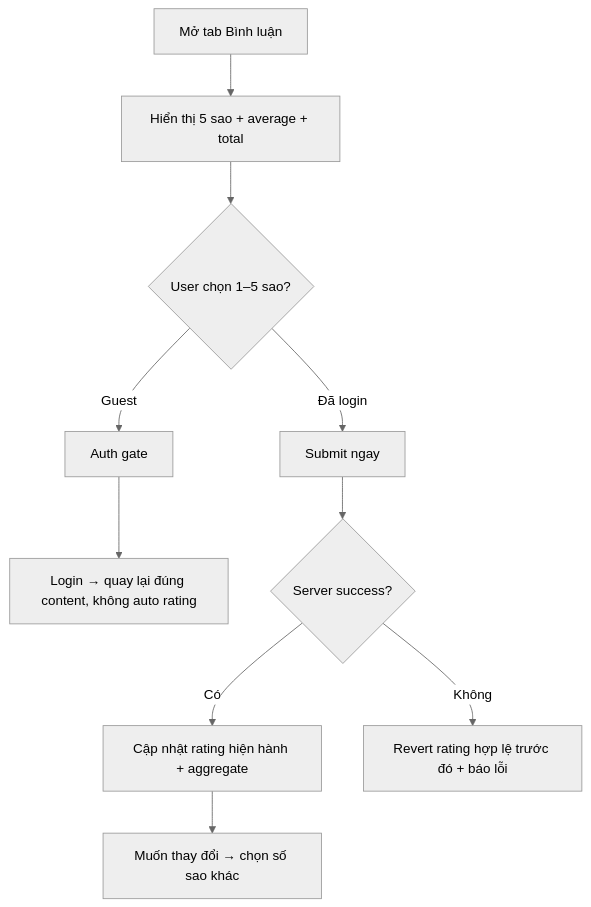
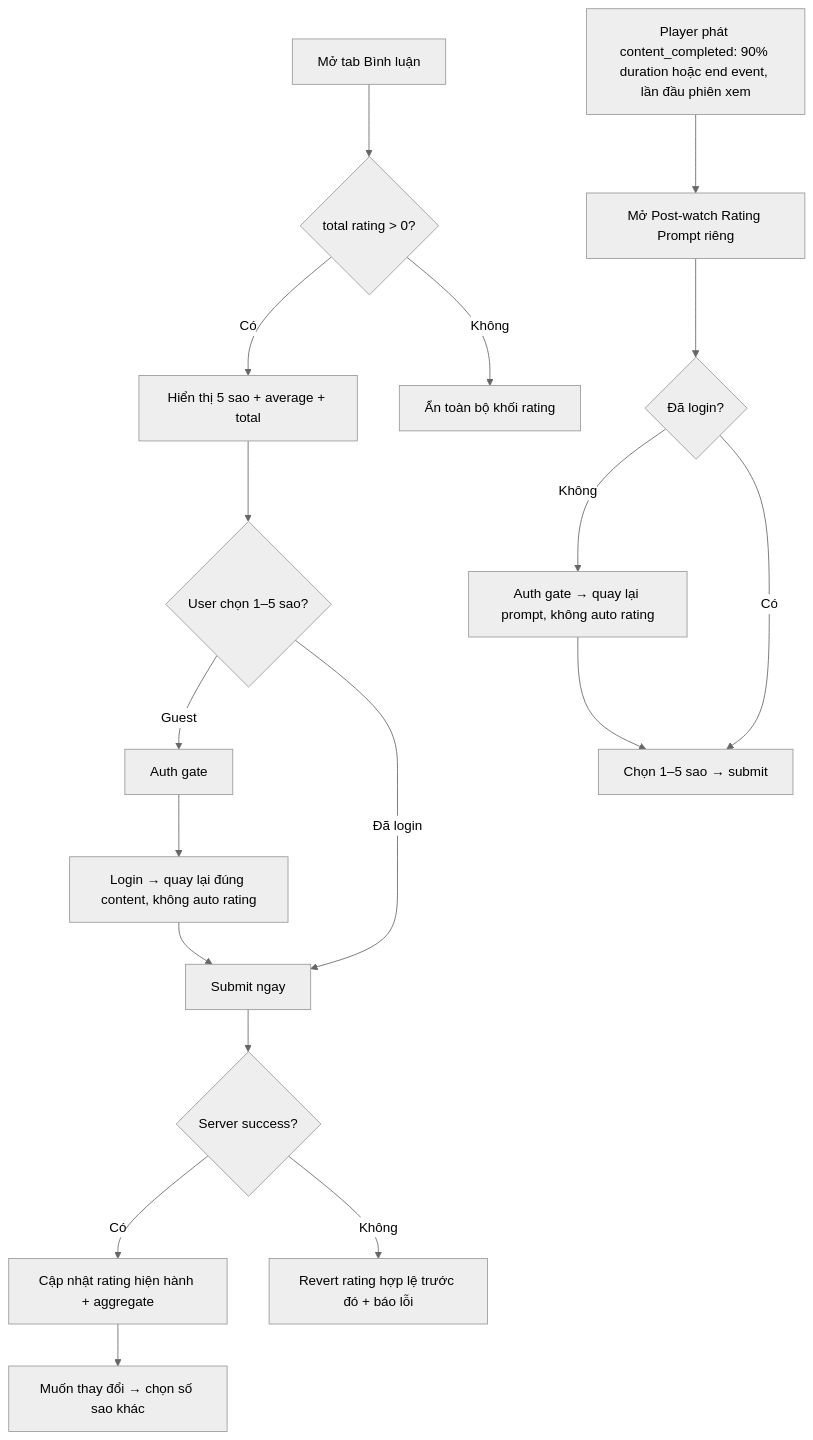
One commit to TanUIUX/MyTV-Comment changed the diagram in EP01_TRAI_NGHIEM_BINH_LUAN_VA_DANH_GIA/US03_USER_FLOW.md. Above: the diagram before and after it, drawn with Mermaid (neutral theme). The commit also changed 30 other files, not shown here.

````diff
--- a/EP01_TRAI_NGHIEM_BINH_LUAN_VA_DANH_GIA/US03_USER_FLOW.md
+++ b/EP01_TRAI_NGHIEM_BINH_LUAN_VA_DANH_GIA/US03_USER_FLOW.md
@@ -9,12 +9,20 @@
 ```mermaid
 flowchart TD
- A[Mở tab Bình luận] --> B[Hiển thị 5 sao + average + total]
- B --> C{User chọn 1–5 sao?}
- C -->|Guest| D[Auth gate]
- D --> E[Login → quay lại đúng content, không auto rating]
- C -->|Đã login| F[Submit ngay]
- F --> G{Server success?}
- G -->|Có| H[Cập nhật rating hiện hành + aggregate]
- G -->|Không| I[Revert rating hợp lệ trước đó + báo lỗi]
- H --> J[Muốn thay đổi → chọn số sao khác]
+ A[Mở tab Bình luận] --> B{total rating > 0?}
+ B -->|Có| C[Hiển thị 5 sao + average + total]
+ B -->|Không| D[Ẩn toàn bộ khối rating]
+ C --> E{User chọn 1–5 sao?}
+ E -->|Guest| F[Auth gate]
+ F --> G[Login → quay lại đúng content, không auto rating]
+ E -->|Đã login| H[Submit ngay]
+ G --> H
+ H --> I{Server success?}
+ I -->|Có| J[Cập nhật rating hiện hành + aggregate]
+ I -->|Không| K[Revert rating hợp lệ trước đó + báo lỗi]
+ J --> L[Muốn thay đổi → chọn số sao khác]
+ M[Player phát content_completed: 90% duration hoặc end event, lần đầu phiên xem] --> N[Mở Post-watch Rating Prompt riêng]
+ N --> O{Đã login?}
+ O -->|Không| P[Auth gate → quay lại prompt, không auto rating]
+ O -->|Có| Q[Chọn 1–5 sao → submit]
+ P --> Q
 ```
````
